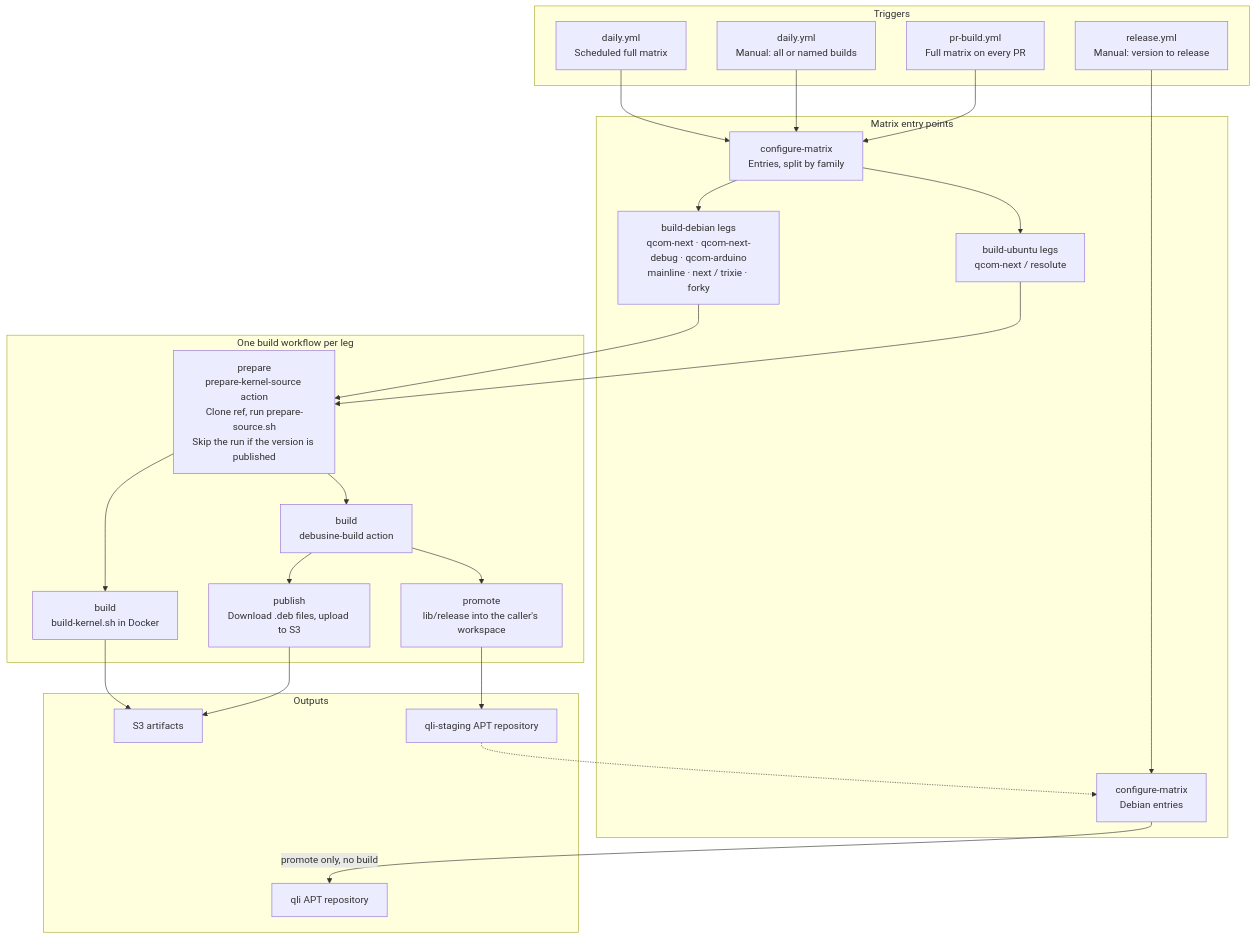
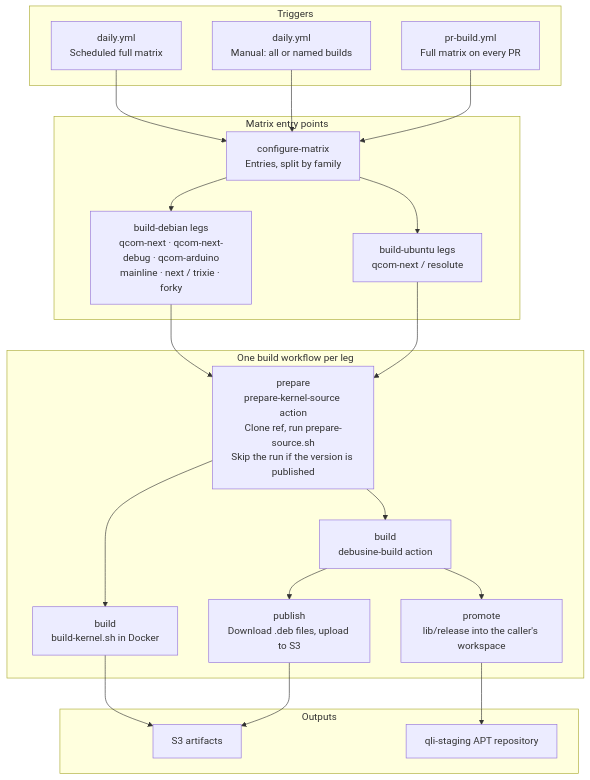
Before and after one commit to qualcomm-linux/pkg-linux-qcom: the second of 5 diagrams in README.md, drawn with Mermaid. The commit also changed other lines of this file and 5 other files, not shown here.

````diff
--- a/README.md
+++ b/README.md
@@ -313,45 +319,39 @@
 ```mermaid
 flowchart TD
     subgraph triggers[Triggers]
         A1["daily.yml\nScheduled full matrix"]
         A2["daily.yml\nManual: all or named builds"]
         A5["pr-build.yml\nFull matrix on every PR"]
-        A3["release.yml\nManual: version to release"]
     end
 
     subgraph matrix[Matrix entry points]
         B1["configure-matrix\nEntries, split by family"]
         B2["build-debian legs\nqcom-next · qcom-next-debug · qcom-arduino\nmainline · next / trixie · forky"]
         B5["build-ubuntu legs\nqcom-next / resolute"]
-        B3["configure-matrix\nDebian entries"]
     end
 
     subgraph build[One build workflow per leg]
         C2["prepare\nprepare-kernel-source action\nClone ref, run prepare-source.sh\nSkip the run if the version is published"]
         C3["build\ndebusine-build action"]
         C4["build\nbuild-kernel.sh in Docker"]
         C5["publish\nDownload .deb files, upload to S3"]
         C6["promote\nlib/release into the caller's workspace"]
     end
 
     subgraph outputs[Outputs]
         D1["S3 artifacts"]
         D3["qli-staging APT repository"]
-        D2["qli APT repository"]
     end
 
     A1 --> B1
     A2 --> B1
     A5 --> B1
     B1 --> B2 & B5
     B2 --> C2
     B5 --> C2
     C2 --> C3 & C4
     C3 --> C5 & C6
     C4 --> D1
     C5 --> D1
     C6 --> D3
-    A3 --> B3
-    B3 -->|"promote only, no build"| D2
-    D3 -.-> B3
 ```
````
